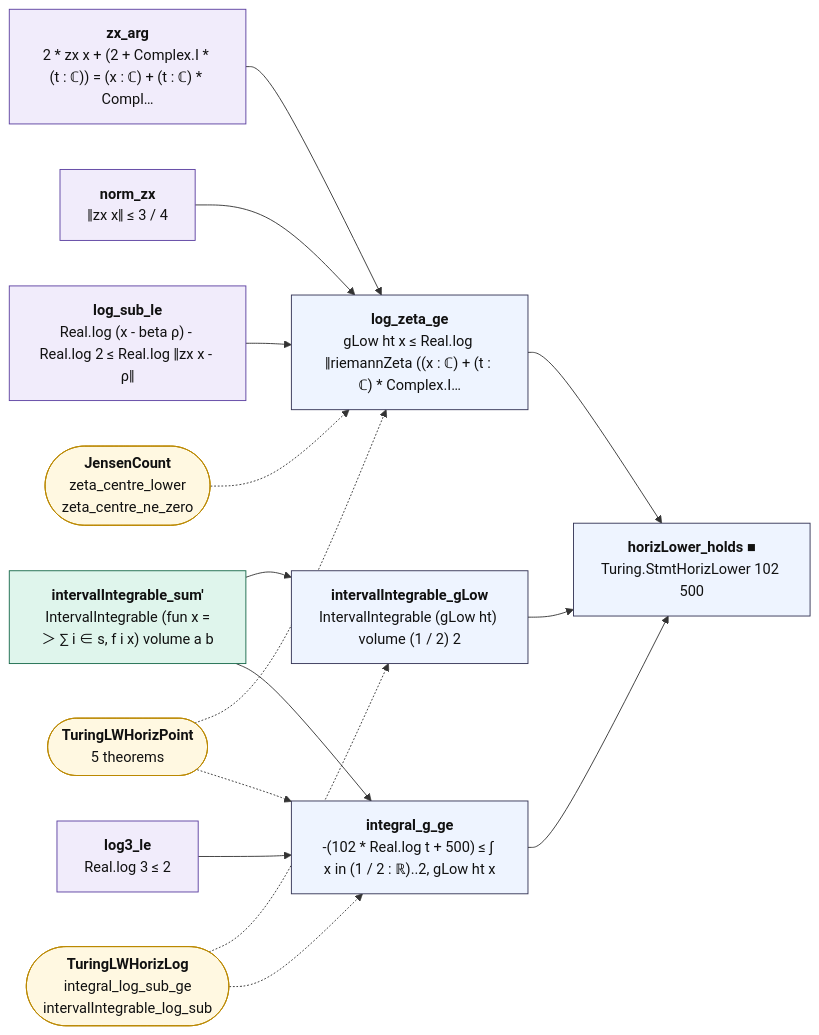
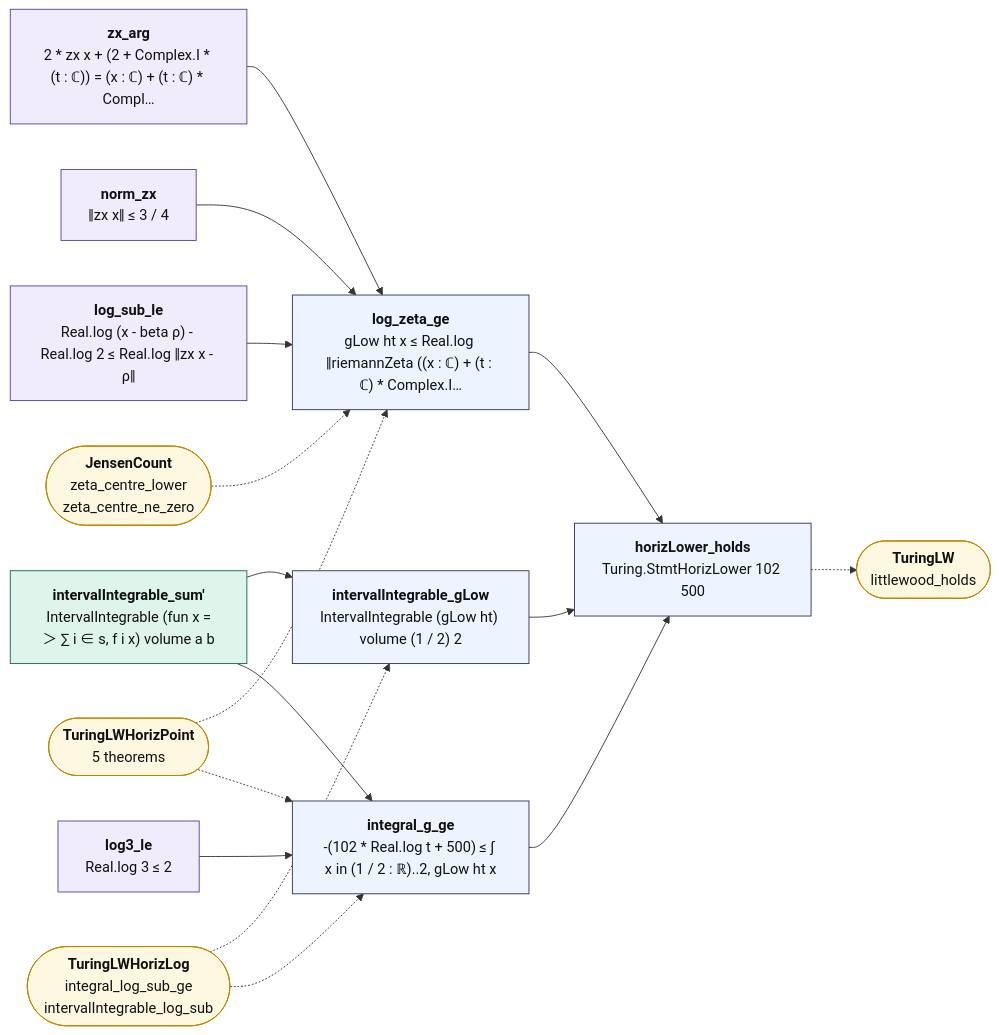
The diagram in map/lean_stage3/TuringLWHoriz.mmd (juliansambranojr/Primebeat_081426), drawn with Mermaid before and after one commit. The commit also changed 28 other files, not shown here.

```diff
--- a/map/lean_stage3/TuringLWHoriz.mmd
+++ b/map/lean_stage3/TuringLWHoriz.mmd
@@ -1,35 +1,37 @@
 flowchart LR
   n0["<b>zx_arg</b><br/>2 * zx x + (2 + Complex.I * (t : ℂ)) = (x : ℂ) + (t : ℂ) * Compl…"]:::shp
   n1["<b>norm_zx</b><br/>‖zx x‖ ≤ 3 / 4"]:::shp
   n2["<b>log_sub_le</b><br/>Real.log (x - beta ρ) - Real.log 2 ≤ Real.log ‖zx x - ρ‖"]:::shp
   n3["<b>log_zeta_ge</b><br/>gLow ht x ≤ Real.log ‖riemannZeta ((x : ℂ) + (t : ℂ) * Complex.I…"]:::thm
   n4["<b>intervalIntegrable_sum'</b><br/>IntervalIntegrable (fun x =＞ ∑ i ∈ s, f i x) volume a b"]:::cnt
   n5["<b>intervalIntegrable_gLow</b><br/>IntervalIntegrable (gLow ht) volume (1 / 2) 2"]:::thm
   n6["<b>log3_le</b><br/>Real.log 3 ≤ 2"]:::shp
   n7["<b>integral_g_ge</b><br/>-(102 * Real.log t + 500) ≤ ∫ x in (1 / 2 : ℝ)..2, gLow ht x"]:::thm
-  n8["<b>horizLower_holds ■</b><br/>Turing.StmtHorizLower 102 500"]:::thm
+  n8["<b>horizLower_holds</b><br/>Turing.StmtHorizLower 102 500"]:::thm
   x0(["<b>JensenCount</b><br/>zeta_centre_lower<br/>zeta_centre_ne_zero"]):::ext
   x1(["<b>TuringLWHorizPoint</b><br/>5 theorems"]):::ext
   x2(["<b>TuringLWHorizLog</b><br/>integral_log_sub_ge<br/>intervalIntegrable_log_sub"]):::ext
+  x3(["<b>TuringLW</b><br/>littlewood_holds"]):::ext
   n0 --> n3
   n1 --> n3
   n2 --> n3
   n3 --> n8
   n4 --> n5
   n4 --> n7
   n5 --> n8
   n6 --> n7
   n7 --> n8
+  n8 -.-> x3
   x0 -.-> n3
   x1 -.-> n3
   x1 -.-> n7
   x2 -.-> n5
   x2 -.-> n7
   classDef cnt fill:#dff5ec,stroke:#17694a,color:#111
   classDef shp fill:#f1ecfb,stroke:#5b3fa0,color:#111
   classDef rh fill:#ffe5e5,stroke:#c22,color:#111,stroke-width:2px
   classDef thm fill:#eef4ff,stroke:#335,color:#111
   classDef end_ fill:#e7f7e7,stroke:#2a7,color:#111,stroke-width:2px
   classDef lone fill:#fff,stroke:#999,color:#111,stroke-dasharray:4 3
   classDef bad fill:#ffe5e5,stroke:#c22,color:#111,stroke-width:2px
   classDef ext fill:#fff8e1,stroke:#b80,color:#111
```
